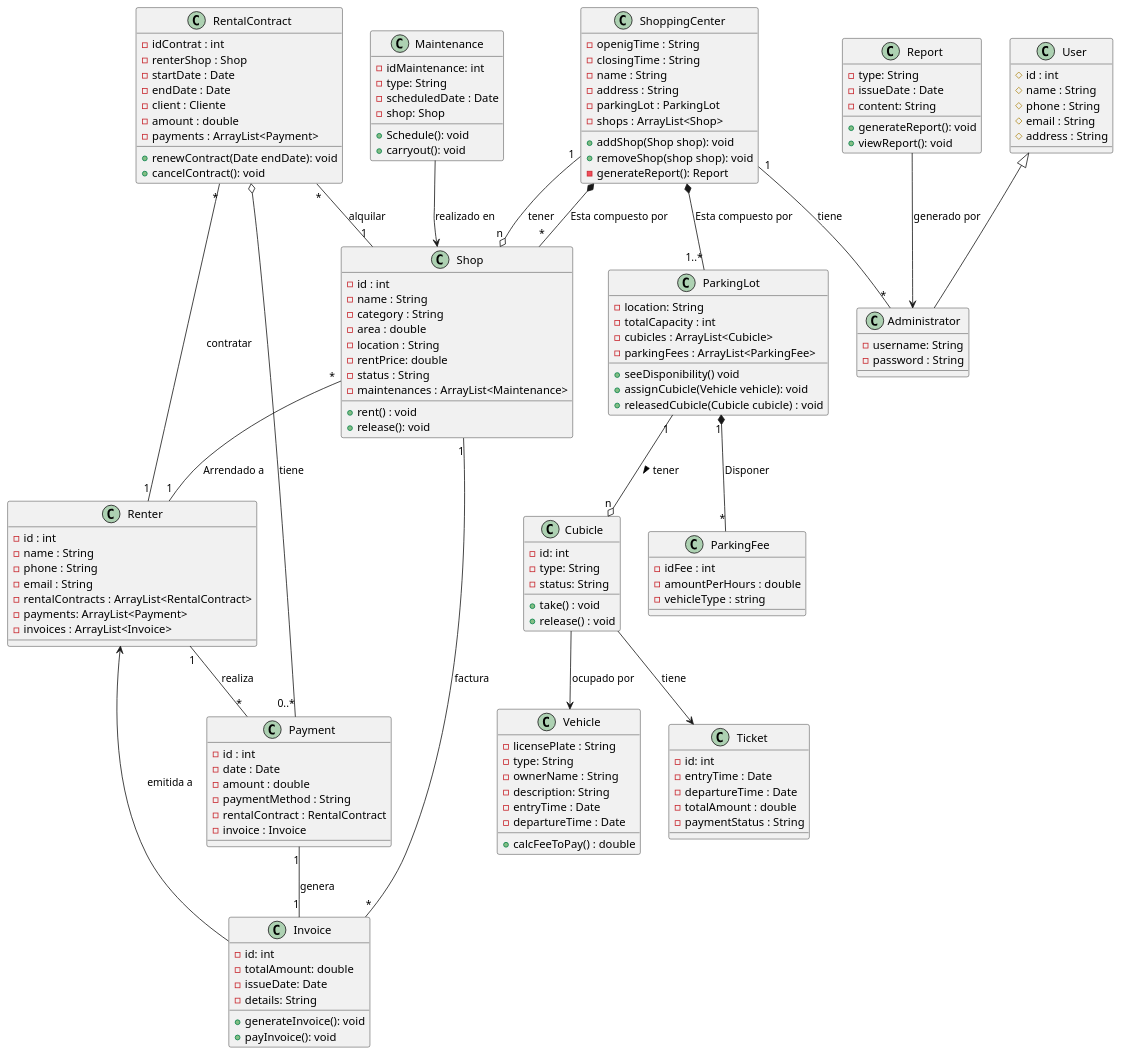
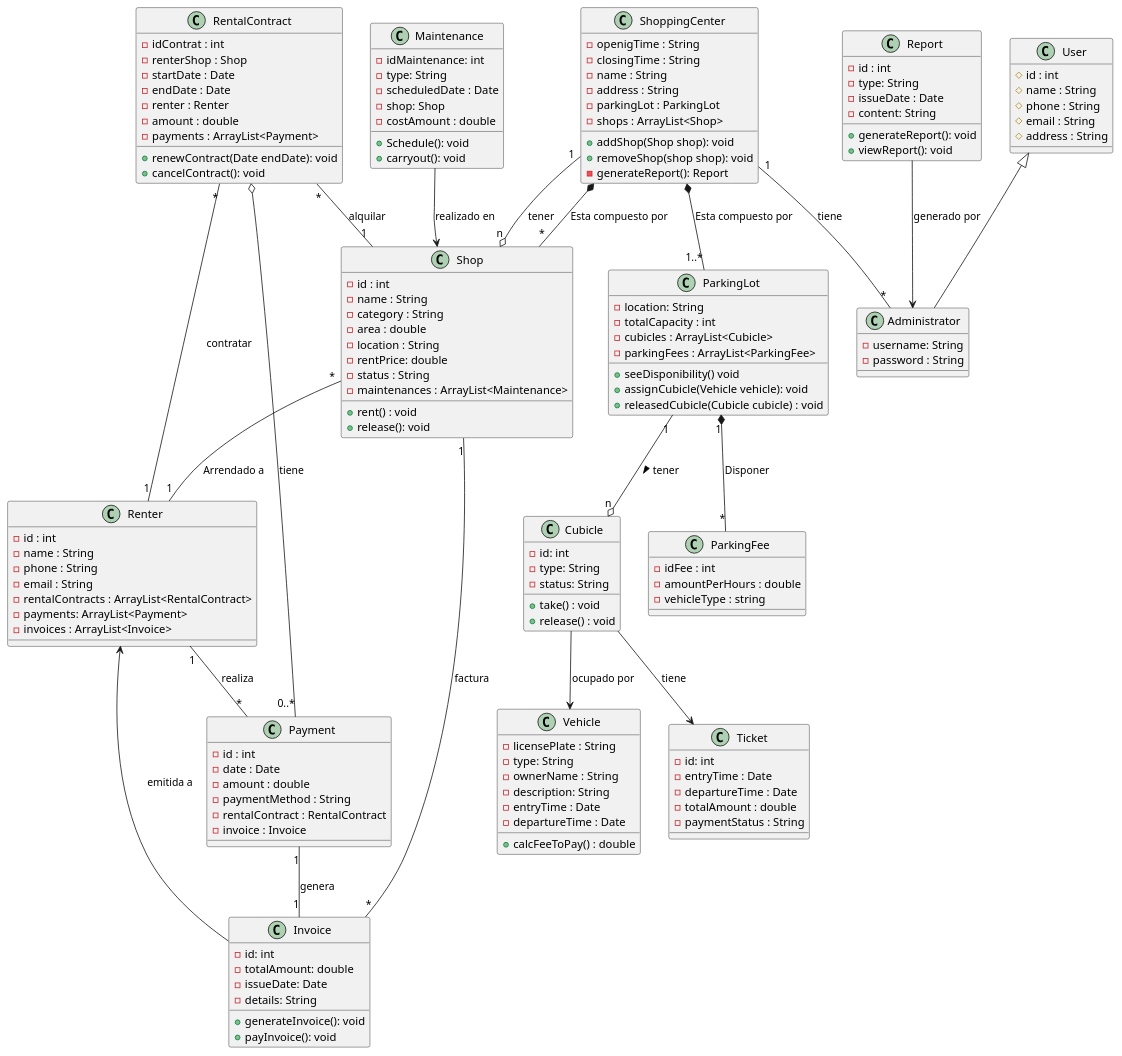
One commit to cleymeravilaa/Gestion-Centro-Comercial changed the diagram in src/co/edu/unicolombo/s3/poo/GestionCentroComercial/docs/DiagramasClases.puml. Above: the diagram before and after it, drawn with PlantUML. The commit also changed 18 other files, not shown here.

Commit message:
actualización diagrama y clases modelos

```diff
--- a/src/co/edu/unicolombo/s3/poo/GestionCentroComercial/docs/DiagramasClases.puml
+++ b/src/co/edu/unicolombo/s3/poo/GestionCentroComercial/docs/DiagramasClases.puml
@@ -34,7 +34,7 @@
     - renterShop : Shop
     - startDate : Date
     - endDate : Date
-    - client : Cliente
+    - renter : Renter
     - amount : double
     - payments : ArrayList<Payment>
     + renewContract(Date endDate): void
@@ -75,6 +75,7 @@
 ' Reporte
 class Report {
     ' tipo: General, Pagos, Facturas, arrendatario, Local, contrato, Mantenimiento
+    - id : int
     - type: String 
     - issueDate : Date
     - content: String
@@ -88,6 +89,7 @@
     - type: String
     - scheduledDate : Date
     - shop: Shop
+    - costAmount : double
     + Schedule(): void
     + carryout(): void
 }
```
